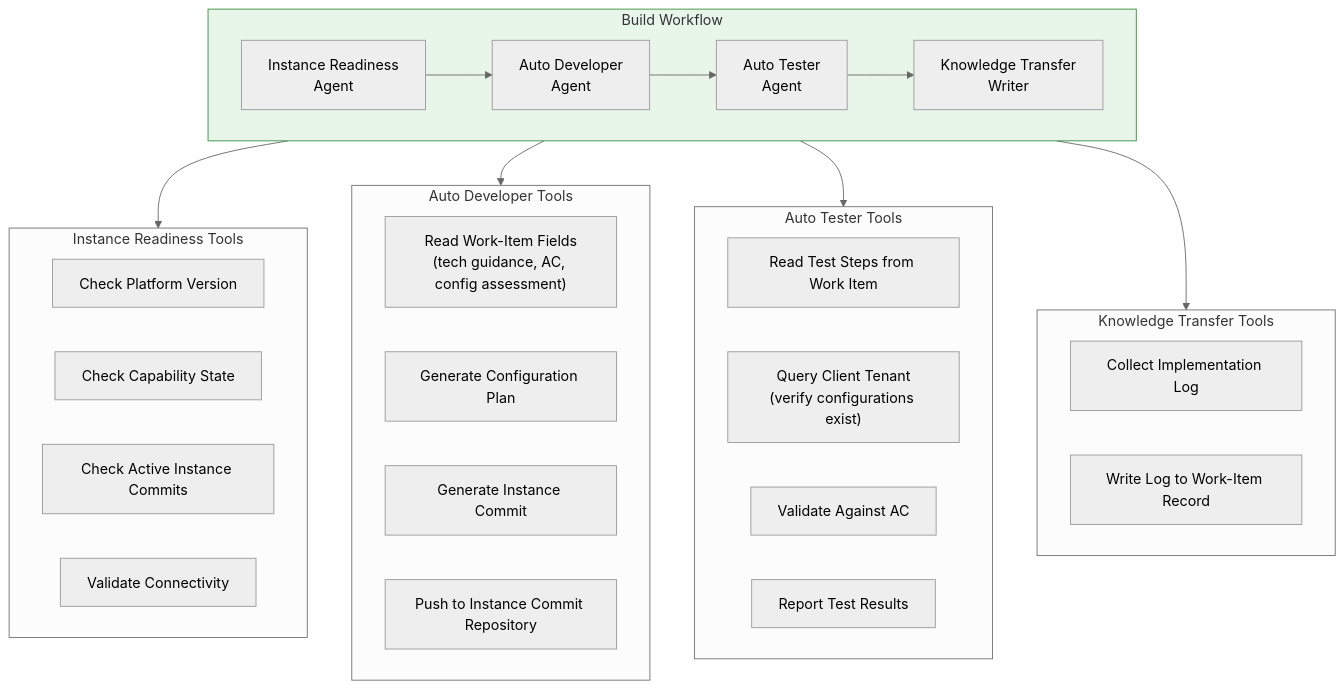
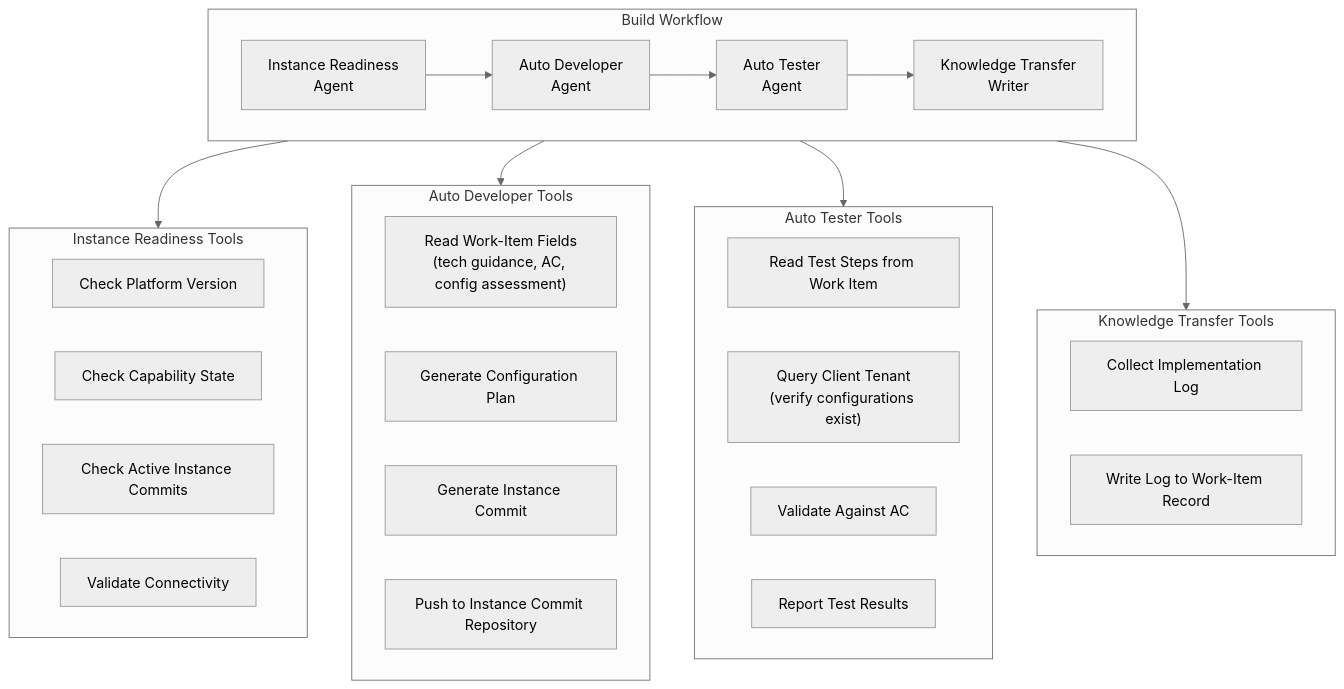
One commit to omars-lab/omars-lab.github.io changed the ninth of 14 diagrams in bytesofpurpose-blog/designs/2026-02-27-autonomous-build-agents.mdx. Above: the diagram before and after it, drawn with Mermaid (neutral theme). The commit also changed other lines of this file and 6 other files, not shown here.

First line of the commit message:
feat(designs): on-brand mermaid theme + dark-mode-adaptive diagrams

````diff
--- a/bytesofpurpose-blog/designs/2026-02-27-autonomous-build-agents.mdx
+++ b/bytesofpurpose-blog/designs/2026-02-27-autonomous-build-agents.mdx
@@ -979,45 +947,44 @@
 ```mermaid
 flowchart TB
     subgraph WF["Build Workflow"]
         direction LR
         IRA["Instance Readiness<br/>Agent"]
         ADA["Auto Developer<br/>Agent"]
         ATA["Auto Tester<br/>Agent"]
         KTA["Knowledge Transfer<br/>Writer"]
 
         IRA --> ADA --> ATA --> KTA
     end
 
     subgraph IRA_TOOLS["Instance Readiness Tools"]
         T1["Check Platform Version"]
         T2["Check Capability State"]
         T3["Check Active Instance Commits"]
         T4["Validate Connectivity"]
     end
 
     subgraph ADA_TOOLS["Auto Developer Tools"]
         T5["Read Work-Item Fields<br/>(tech guidance, AC, config assessment)"]
         T6["Generate Configuration Plan"]
         T7["Generate Instance Commit"]
         T8["Push to Instance Commit Repository"]
     end
 
     subgraph ATA_TOOLS["Auto Tester Tools"]
         T9["Read Test Steps from Work Item"]
         T10["Query Client Tenant<br/>(verify configurations exist)"]
         T11["Validate Against AC"]
         T12["Report Test Results"]
     end
 
     subgraph KTA_TOOLS["Knowledge Transfer Tools"]
         T13["Collect Implementation Log"]
         T14["Write Log to Work-Item Record"]
     end
 
     IRA --> IRA_TOOLS
     ADA --> ADA_TOOLS
     ATA --> ATA_TOOLS
     KTA --> KTA_TOOLS
 
-    style WF fill:#e8f5e9,stroke:#388e3c
 ```
````
